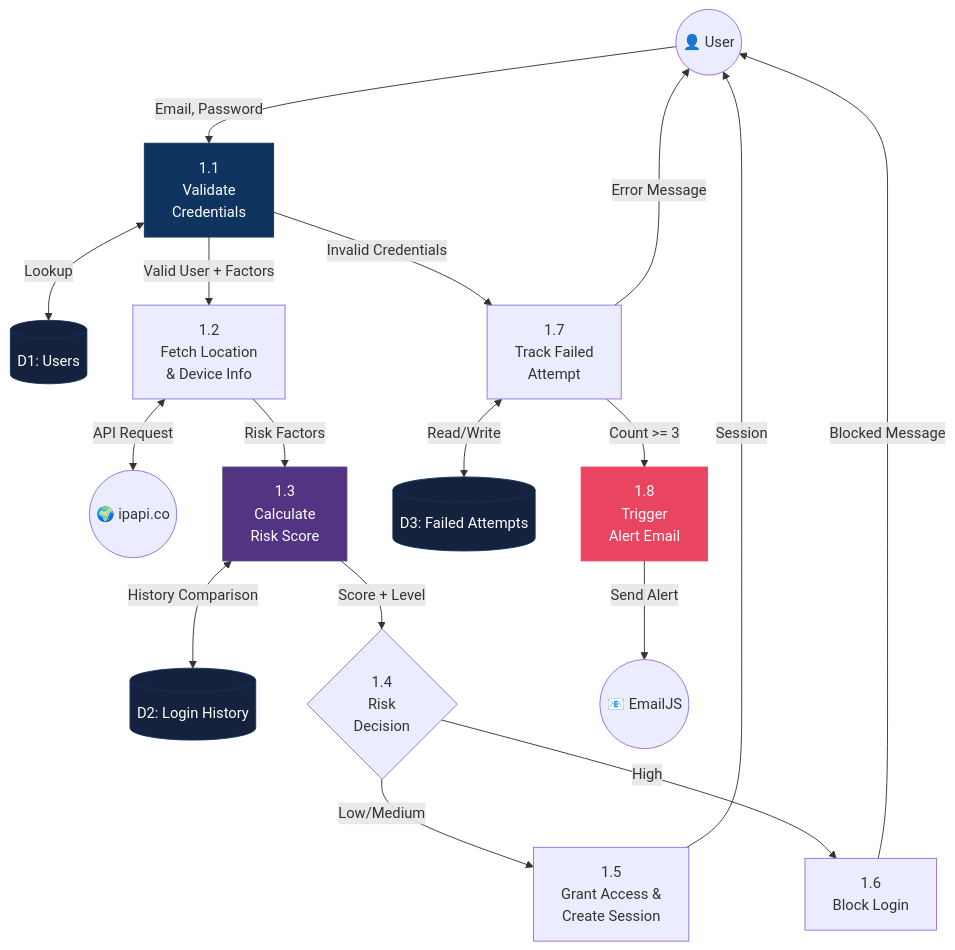
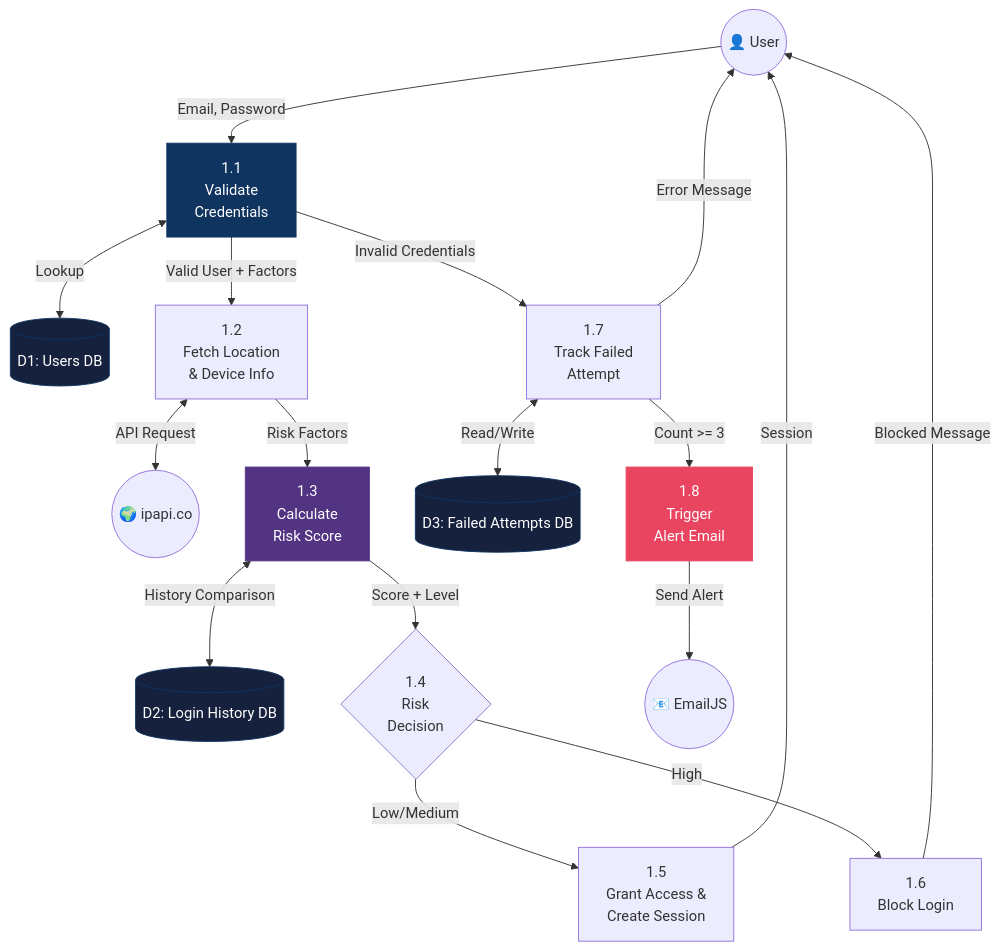
The sixth of 6 diagrams in README.md (miran786/Fake-Login-Detection), drawn with Mermaid before and after one commit. The commit also changed other lines of this file and 27 other files, not shown here.

````diff
--- a/README.md
+++ b/README.md
@@ -215,32 +225,32 @@
 ```mermaid
 graph TB
     U(("👤 User")) -->|Email, Password| P1_1["1.1<br/>Validate<br/>Credentials"]
 
-    P1_1 <-->|Lookup| DS1[("D1: Users")]
+    P1_1 <-->|Lookup| DS1[("D1: Users DB")]
     P1_1 -->|Valid User + Factors| P1_2["1.2<br/>Fetch Location<br/>& Device Info"]
 
     P1_2 <-->|API Request| API(("🌍 ipapi.co"))
     P1_2 -->|Risk Factors| P1_3["1.3<br/>Calculate<br/>Risk Score"]
 
-    P1_3 <-->|History Comparison| DS2[("D2: Login History")]
+    P1_3 <-->|History Comparison| DS2[("D2: Login History DB")]
     P1_3 -->|Score + Level| P1_4{"1.4<br/>Risk<br/>Decision"}
 
     P1_4 -->|Low/Medium| P1_5["1.5<br/>Grant Access &<br/>Create Session"]
     P1_4 -->|High| P1_6["1.6<br/>Block Login"]
 
     P1_1 -->|Invalid Credentials| P1_7["1.7<br/>Track Failed<br/>Attempt"]
-    P1_7 <-->|Read/Write| DS3[("D3: Failed Attempts")]
+    P1_7 <-->|Read/Write| DS3[("D3: Failed Attempts DB")]
     P1_7 -->|Count >= 3| P1_8["1.8<br/>Trigger<br/>Alert Email"]
     P1_8 -->|Send Alert| EJS(("📧 EmailJS"))
 
     P1_5 -->|Session| U
     P1_6 -->|Blocked Message| U
     P1_7 -->|Error Message| U
 
     style P1_1 fill:#0f3460,stroke:#0f3460,color:#fff
     style P1_3 fill:#533483,stroke:#533483,color:#fff
     style P1_8 fill:#e94560,stroke:#e94560,color:#fff
     style DS1 fill:#16213e,stroke:#0f3460,color:#fff
     style DS2 fill:#16213e,stroke:#0f3460,color:#fff
     style DS3 fill:#16213e,stroke:#0f3460,color:#fff
 ```
````
